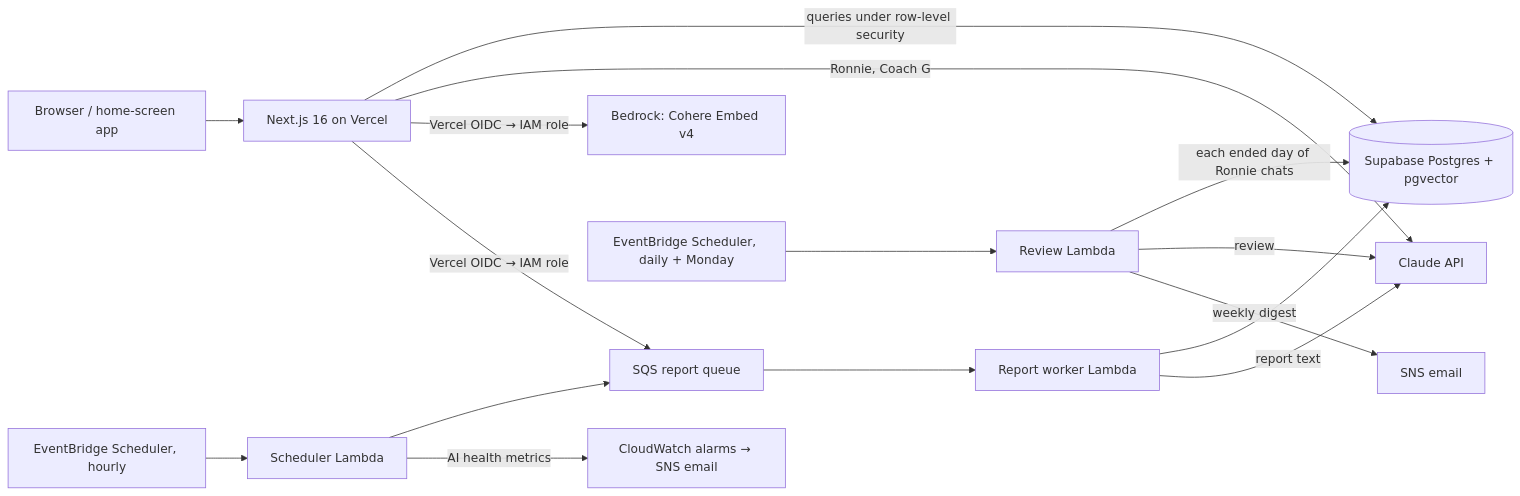
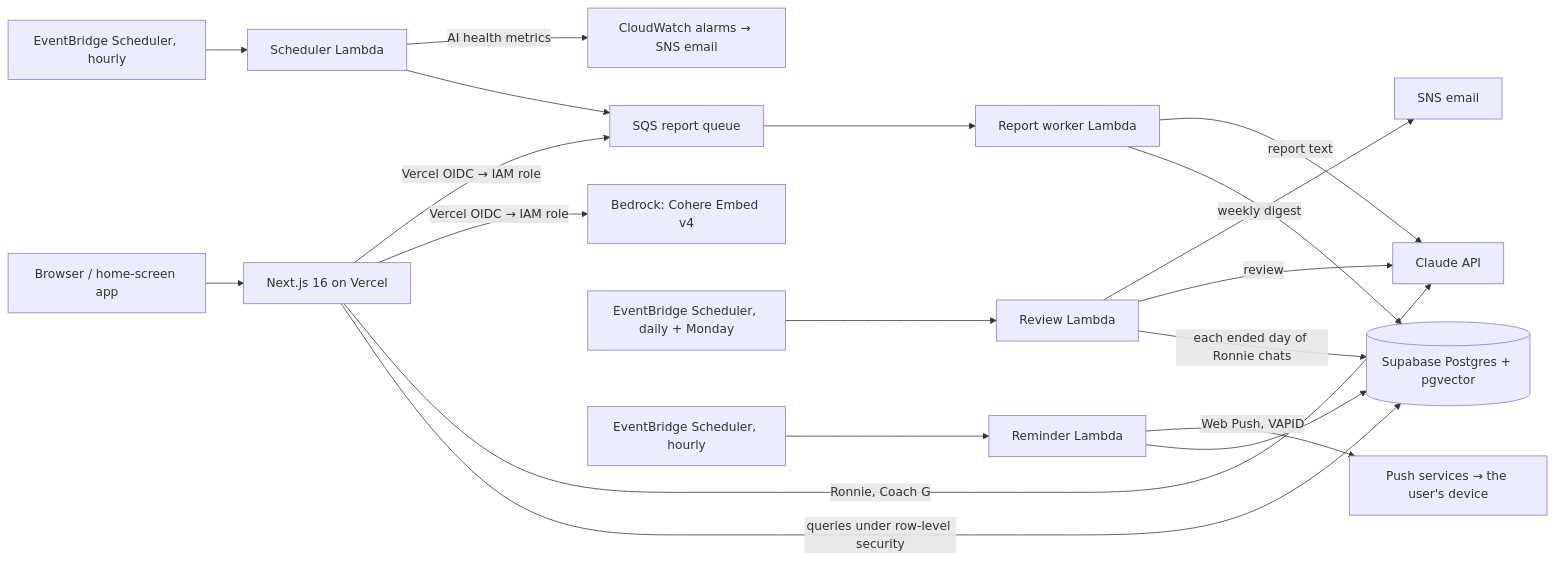
One commit to Yung-Chi-Wu/gympro changed the diagram in README.md. Above: the diagram before and after it, drawn with Mermaid. The commit also changed other lines of this file and 22 other files, not shown here.

````diff
--- a/README.md
+++ b/README.md
@@ -58,18 +59,21 @@
 ```mermaid
 flowchart LR
     user["Browser / home-screen app"] --> app["Next.js 16 on Vercel"]
     app -->|"queries under row-level security"| db[("Supabase Postgres + pgvector")]
     app -->|"Ronnie, Coach G"| claude["Claude API"]
     app -->|"Vercel OIDC → IAM role"| bedrock["Bedrock: Cohere Embed v4"]
     app -->|"Vercel OIDC → IAM role"| sqs["SQS report queue"]
     sched["EventBridge Scheduler, hourly"] --> schedfn["Scheduler Lambda"]
     schedfn --> sqs
     sqs --> worker["Report worker Lambda"]
     worker --> db
     worker -->|"report text"| claude
     schedfn -->|"AI health metrics"| cw["CloudWatch alarms → SNS email"]
     daily["EventBridge Scheduler, daily + Monday"] --> reviewfn["Review Lambda"]
     reviewfn -->|"each ended day of Ronnie chats"| db
     reviewfn -->|"review"| claude
     reviewfn -->|"weekly digest"| mail["SNS email"]
+    hourly["EventBridge Scheduler, hourly"] --> remindfn["Reminder Lambda"]
+    remindfn --> db
+    remindfn -->|"Web Push, VAPID"| push["Push services → the user's device"]
 ```
````
